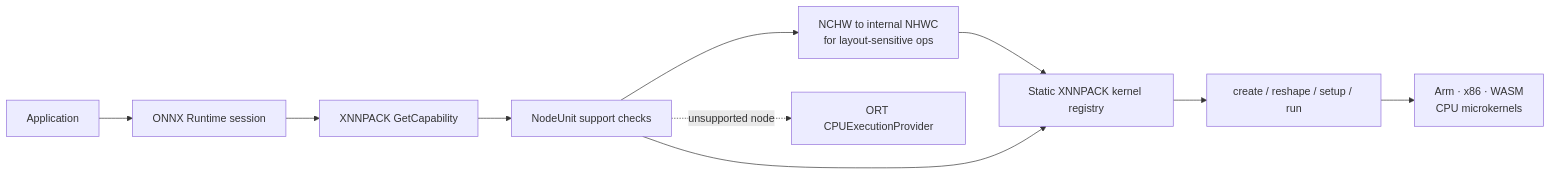
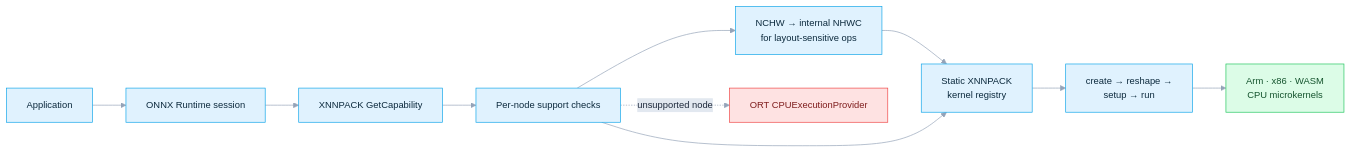
Before and after one commit to DakeQQ/Tutorial-ONNX-Runtime-Execution-Providers: the second of 11 diagrams in XNNPACK/README.md, drawn with Mermaid. The commit also changed other lines of this file and 15 other files, not shown here.

````diff
--- a/XNNPACK/README.md
+++ b/XNNPACK/README.md
@@ -75,12 +94,19 @@
 ```mermaid
+%%{init: {"theme":"base","themeVariables":{"fontSize":"14px","lineColor":"#94a3b8","edgeLabelBackground":"#e2e8f0","primaryTextColor":"#1e293b"}}}%%
 flowchart LR
     APP["Application"] --> ORT["ONNX Runtime session"]
     ORT --> CAP["XNNPACK GetCapability"]
-    CAP --> CHECK["NodeUnit support checks"]
-    CHECK --> LAYOUT["NCHW to internal NHWC<br/>for layout-sensitive ops"]
-    LAYOUT --> KR["Static XNNPACK kernel registry"]
+    CAP --> CHECK["Per-node support checks"]
+    CHECK --> LAYOUT["NCHW → internal NHWC<br/>for layout-sensitive ops"]
+    LAYOUT --> KR["Static XNNPACK<br/>kernel registry"]
     CHECK --> KR
-    KR --> OP["create / reshape / setup / run"]
+    KR --> OP["create → reshape →<br/>setup → run"]
     OP --> MK["Arm · x86 · WASM<br/>CPU microkernels"]
     CHECK -. unsupported node .-> CPU["ORT CPUExecutionProvider"]
+    classDef step fill:#e0f2fe,stroke:#0ea5e9,color:#0c2a3d;
+    classDef good fill:#dcfce7,stroke:#22c55e,color:#14532d;
+    classDef bad fill:#fee2e2,stroke:#ef4444,color:#7f1d1d;
+    class APP,ORT,CAP,CHECK,LAYOUT,KR,OP step;
+    class MK good;
+    class CPU bad;
 ```
````
